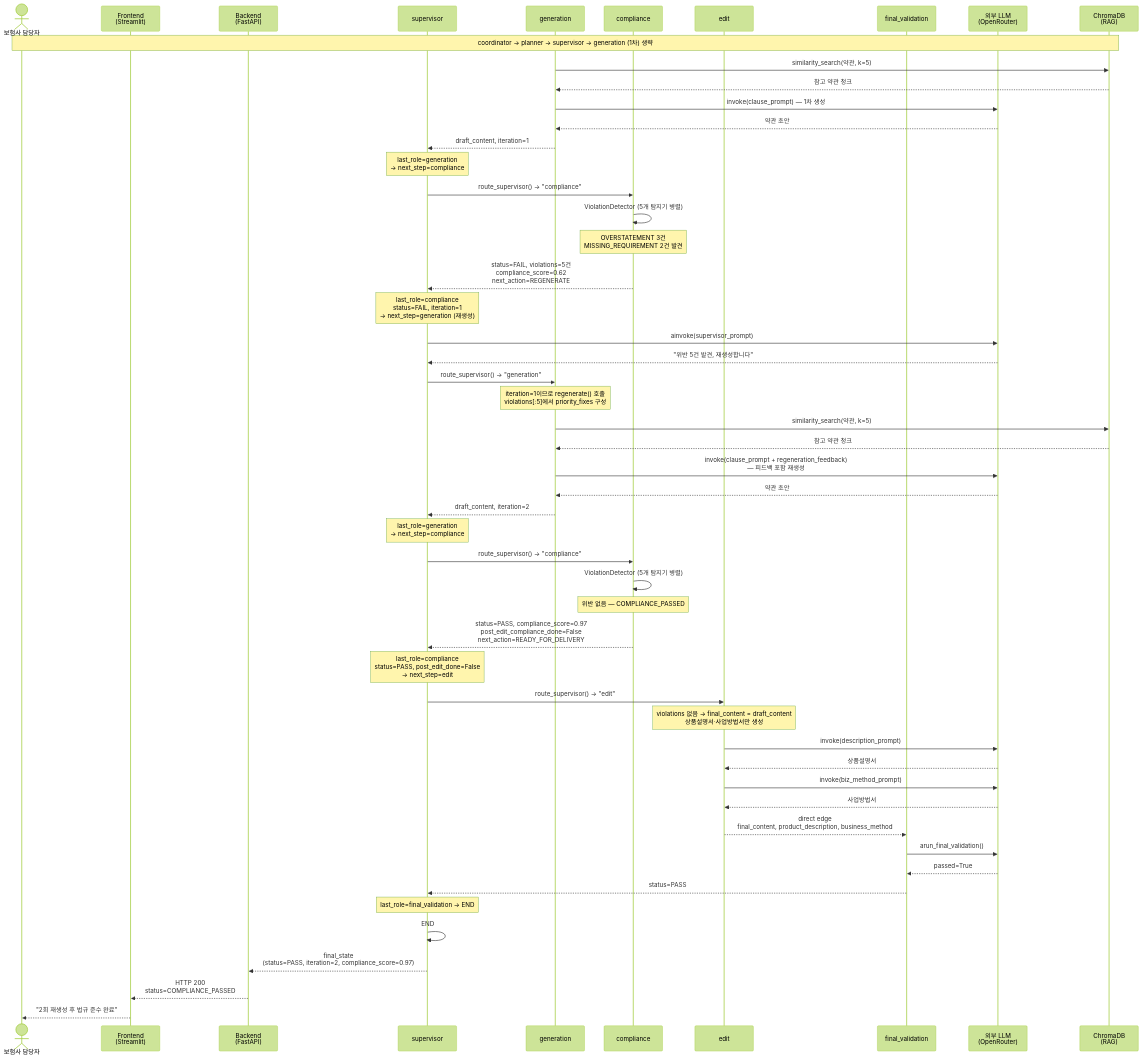
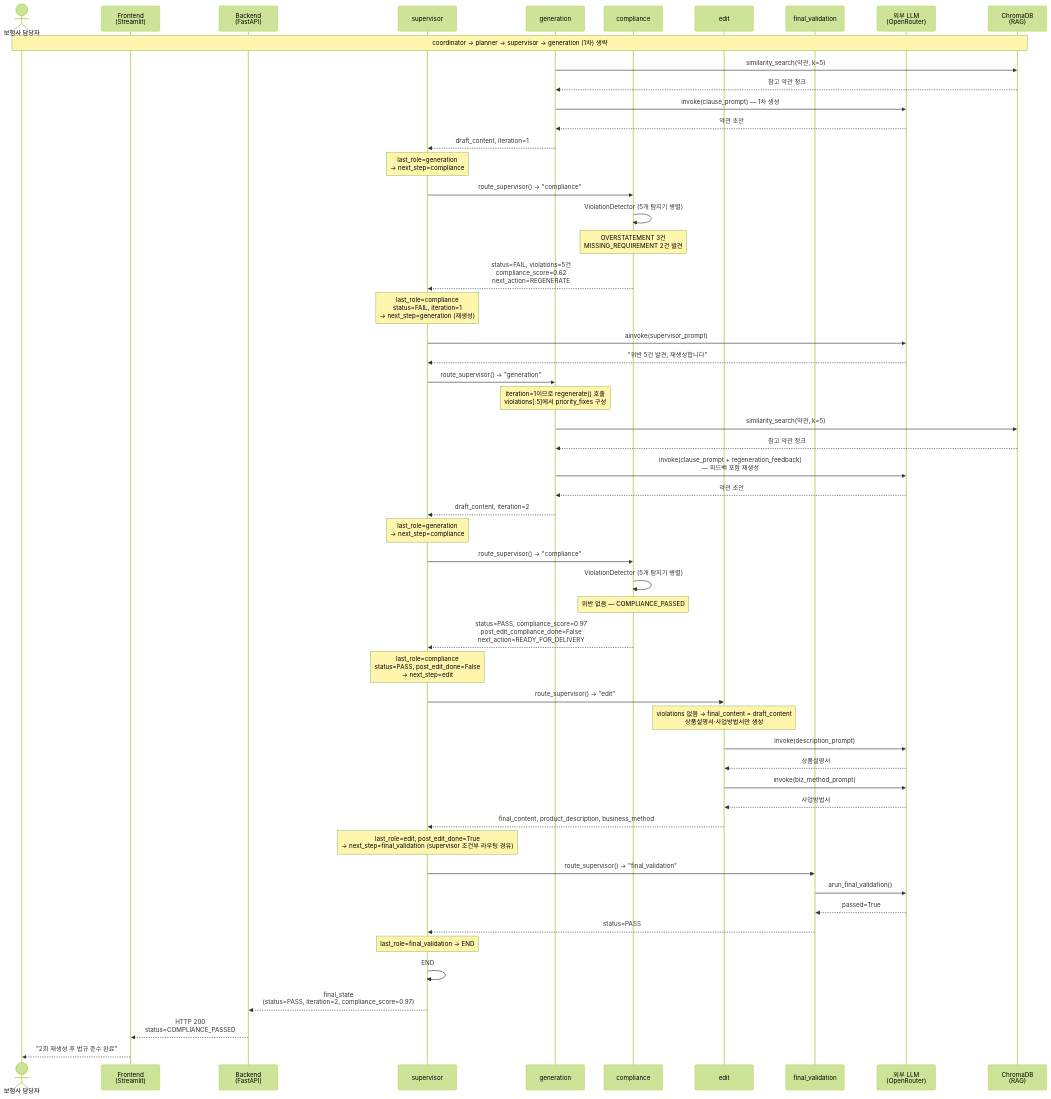
The second of 3 diagrams in docs/04_sequence.md (rlaghwo730/PoCat-project), drawn with Mermaid (forest theme) before and after one commit. The commit also changed other lines of this file and 12 other files, not shown here.

````diff
--- a/docs/04_sequence.md
+++ b/docs/04_sequence.md
@@ -101,68 +103,70 @@
 ```mermaid
 sequenceDiagram
     actor 담당자 as 보험사 담당자
     participant FE as Frontend<br/>(Streamlit)
     participant API as Backend<br/>(FastAPI)
     participant SUP as supervisor
     participant GEN as generation
     participant COMP as compliance
     participant EDIT as edit
     participant FV as final_validation
     participant LLM as 외부 LLM<br/>(OpenRouter)
     participant RAG as ChromaDB<br/>(RAG)
 
     Note over 담당자,RAG: coordinator → planner → supervisor → generation (1차) 생략
 
     GEN->>RAG: similarity_search(약관, k=5)
     RAG-->>GEN: 참고 약관 청크
     GEN->>LLM: invoke(clause_prompt) — 1차 생성
     LLM-->>GEN: 약관 초안 #1
     GEN-->>SUP: draft_content, iteration=1
 
     Note over SUP: last_role=generation<br/>→ next_step=compliance
     SUP->>COMP: route_supervisor() → "compliance"
 
     COMP->>COMP: ViolationDetector (5개 탐지기 병렬)
     Note over COMP: OVERSTATEMENT 3건<br/>MISSING_REQUIREMENT 2건 발견
     COMP-->>SUP: status=FAIL, violations=5건<br/>compliance_score=0.62<br/>next_action=REGENERATE
 
     Note over SUP: last_role=compliance<br/>status=FAIL, iteration=1<br/>→ next_step=generation (재생성)
     SUP->>LLM: ainvoke(supervisor_prompt)
     LLM-->>SUP: "위반 5건 발견, 재생성합니다"
 
     SUP->>GEN: route_supervisor() → "generation"
     Note over GEN: iteration=1이므로 regenerate() 호출<br/>violations[:5]에서 priority_fixes 구성
     GEN->>RAG: similarity_search(약관, k=5)
     RAG-->>GEN: 참고 약관 청크
     GEN->>LLM: invoke(clause_prompt + regeneration_feedback)<br/>— 피드백 포함 재생성
     LLM-->>GEN: 약관 초안 #2 (위반 수정됨)
     GEN-->>SUP: draft_content, iteration=2
 
     Note over SUP: last_role=generation<br/>→ next_step=compliance
     SUP->>COMP: route_supervisor() → "compliance"
 
     COMP->>COMP: ViolationDetector (5개 탐지기 병렬)
     Note over COMP: 위반 없음 — COMPLIANCE_PASSED
     COMP-->>SUP: status=PASS, compliance_score=0.97<br/>post_edit_compliance_done=False<br/>next_action=READY_FOR_DELIVERY
 
     Note over SUP: last_role=compliance<br/>status=PASS, post_edit_done=False<br/>→ next_step=edit
     SUP->>EDIT: route_supervisor() → "edit"
 
     Note over EDIT: violations 없음 → final_content = draft_content<br/>상품설명서·사업방법서만 생성
     EDIT->>LLM: invoke(description_prompt)
     LLM-->>EDIT: 상품설명서
     EDIT->>LLM: invoke(biz_method_prompt)
     LLM-->>EDIT: 사업방법서
-    EDIT-->>FV: direct edge<br/>final_content, product_description, business_method
+    EDIT-->>SUP: final_content, product_description, business_method
+    Note over SUP: last_role=edit, post_edit_done=True<br/>→ next_step=final_validation (supervisor 조건부 라우팅 경유)
+    SUP->>FV: route_supervisor() → "final_validation"
 
     FV->>LLM: arun_final_validation()
     LLM-->>FV: passed=True
     FV-->>SUP: status=PASS
 
     Note over SUP: last_role=final_validation → END
     SUP->>SUP: END
 
     SUP-->>API: final_state<br/>(status=PASS, iteration=2, compliance_score=0.97)
     API-->>FE: HTTP 200<br/>status=COMPLIANCE_PASSED
     FE-->>담당자: "2회 재생성 후 법규 준수 완료"
 ```
````
